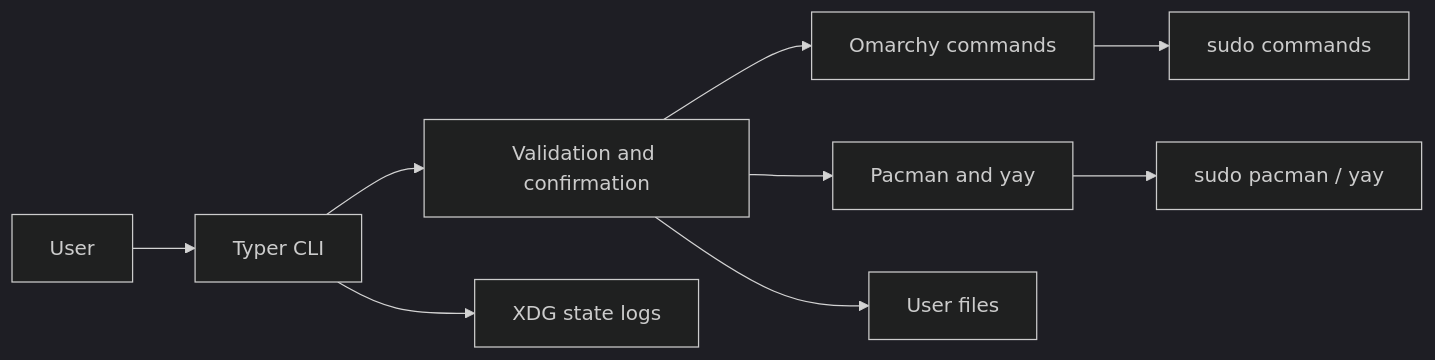
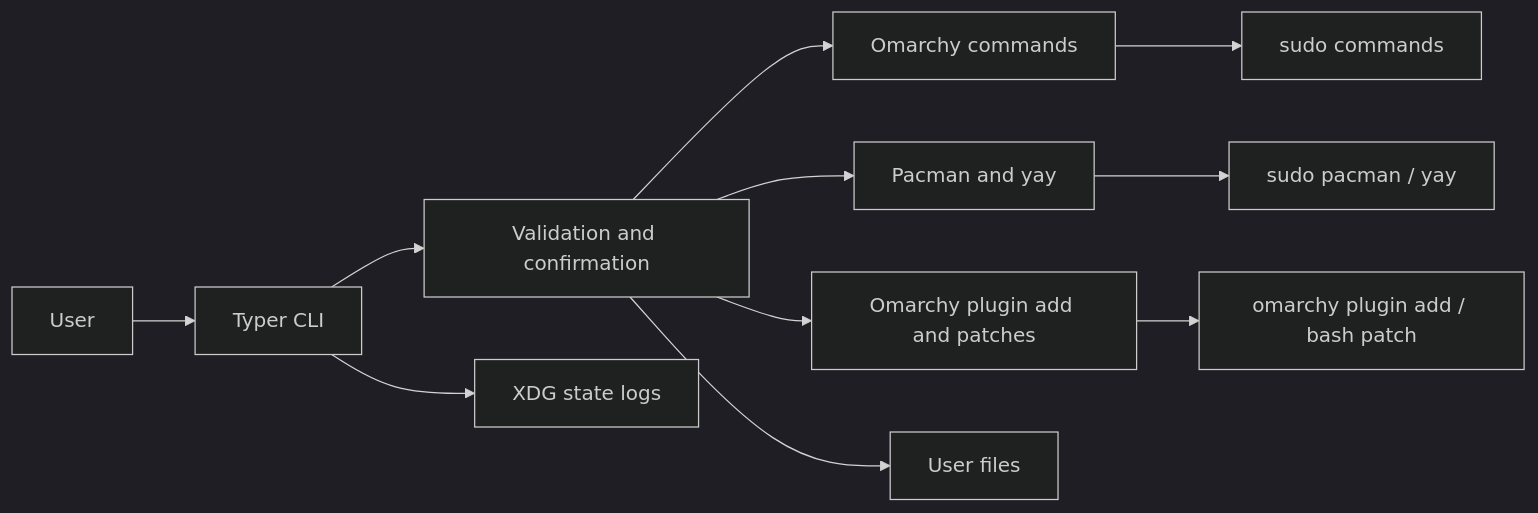
The first of 3 diagrams in docs/security.md (Armoghans-Organization/Omarchy-Tweaker), drawn with Mermaid (dark theme) before and after one commit. The commit also changed other lines of this file and 22 other files, not shown here.

````diff
--- a/docs/security.md
+++ b/docs/security.md
@@ -20,11 +20,13 @@
 ```mermaid
 flowchart LR
     U[User] --> CLI[Typer CLI]
     CLI --> V[Validation and confirmation]
     V --> O[Omarchy commands]
     V --> PM[Pacman and yay]
+    V --> PL[Omarchy plugin add and patches]
     V --> FS[User files]
     O --> S[sudo commands]
     PM --> P[sudo pacman / yay]
+    PL --> Q[omarchy plugin add / bash patch]
     CLI --> L[XDG state logs]
 ```
````
